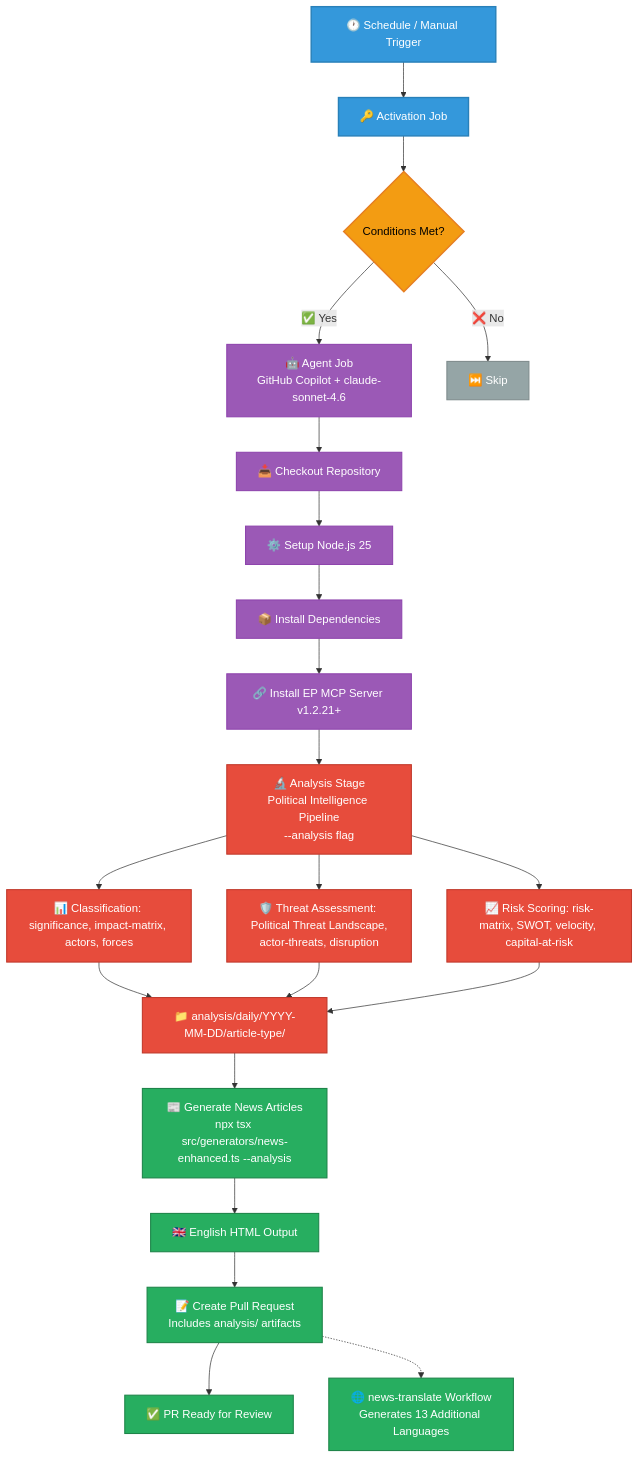
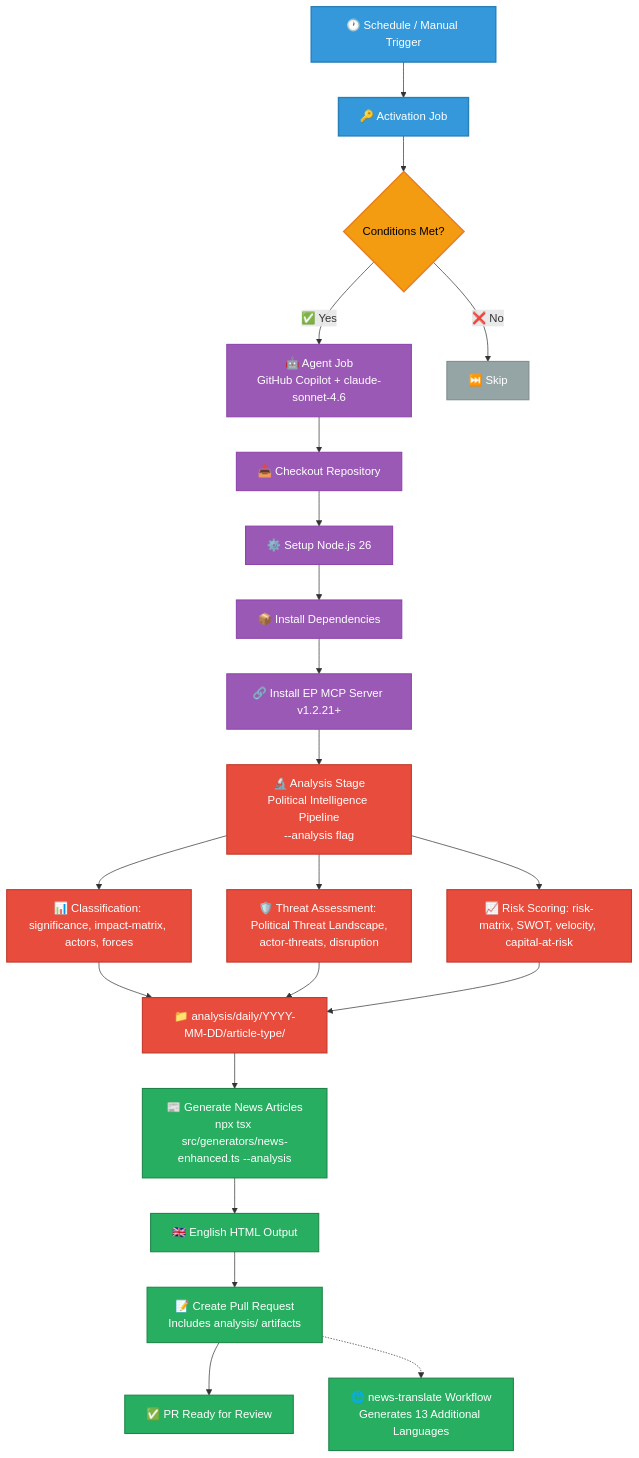
Before and after one commit to Hack23/euparliamentmonitor: the third of 22 diagrams in WORKFLOWS.md, drawn with Mermaid. The commit also changed other lines of this file and 99 other files, not shown here.

````diff
--- a/WORKFLOWS.md
+++ b/WORKFLOWS.md
@@ -275,37 +275,37 @@
 ```mermaid
 graph TD
     A[🕐 Schedule / Manual Trigger] --> B[🔑 Activation Job]
     B --> C{Conditions Met?}
     C -->|✅ Yes| D[🤖 Agent Job<br/>GitHub Copilot + claude-sonnet-4.6]
     C -->|❌ No| E[⏭️ Skip]
     D --> F[📥 Checkout Repository]
-    F --> G[⚙️ Setup Node.js 25]
+    F --> G[⚙️ Setup Node.js 26]
     G --> H[📦 Install Dependencies]
     H --> I[🔗 Install EP MCP Server v1.2.21+]
     I --> J1[🔬 Analysis Stage<br/>Political Intelligence Pipeline<br/>--analysis flag]
     J1 --> J1a[📊 Classification: significance, impact-matrix, actors, forces]
     J1 --> J1b[🛡️ Threat Assessment: Political Threat Landscape,<br/>actor-threats, disruption]
     J1 --> J1c[📈 Risk Scoring: risk-matrix, SWOT, velocity, capital-at-risk]
     J1a --> J1d["📁 analysis/daily/YYYY-MM-DD/article-type/"]
     J1b --> J1d
     J1c --> J1d
     J1d --> J[📰 Generate News Articles<br/>npx tsx src/generators/news-enhanced.ts --analysis]
     J --> K[🇬🇧 English HTML Output]
     K --> L[📝 Create Pull Request<br/>Includes analysis/ artifacts]
     L --> M[✅ PR Ready for Review]
     L -.-> N[🌐 news-translate Workflow<br/>Generates 13 Additional Languages]
 
     classDef trigger fill:#3498db,stroke:#2980b9,stroke-width:2px,color:white
     classDef process fill:#9b59b6,stroke:#8e44ad,stroke-width:1.5px,color:white
     classDef decision fill:#f39c12,stroke:#e67e22,stroke-width:2px,color:black
     classDef skip fill:#95a5a6,stroke:#7f8c8d,stroke-width:1.5px,color:white
     classDef analysis fill:#e74c3c,stroke:#c0392b,stroke-width:1.5px,color:white
     classDef output fill:#27ae60,stroke:#1e8449,stroke-width:1.5px,color:white
 
     class A,B trigger
     class D,F,G,H,I process
     class C decision
     class E skip
     class J1,J1a,J1b,J1c,J1d analysis
     class J,K,L,M,N output
 ```
````
